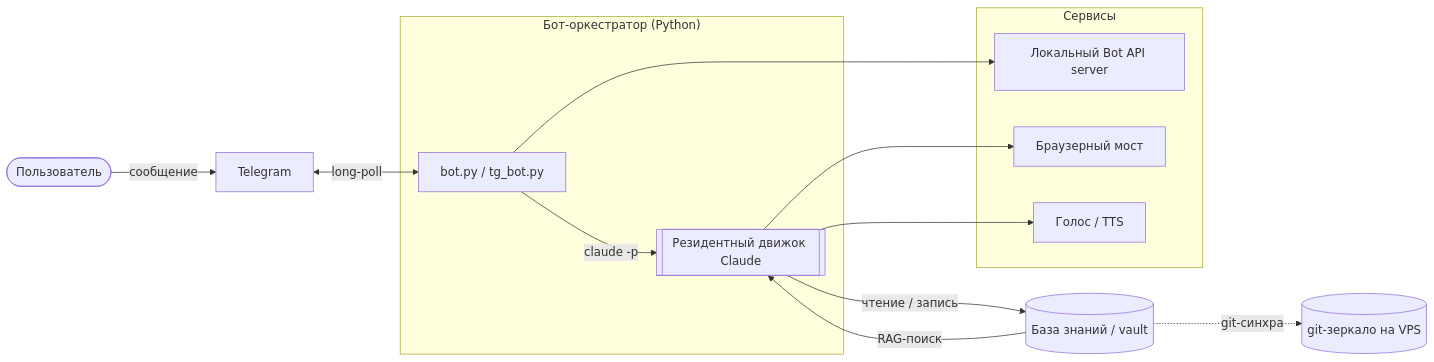
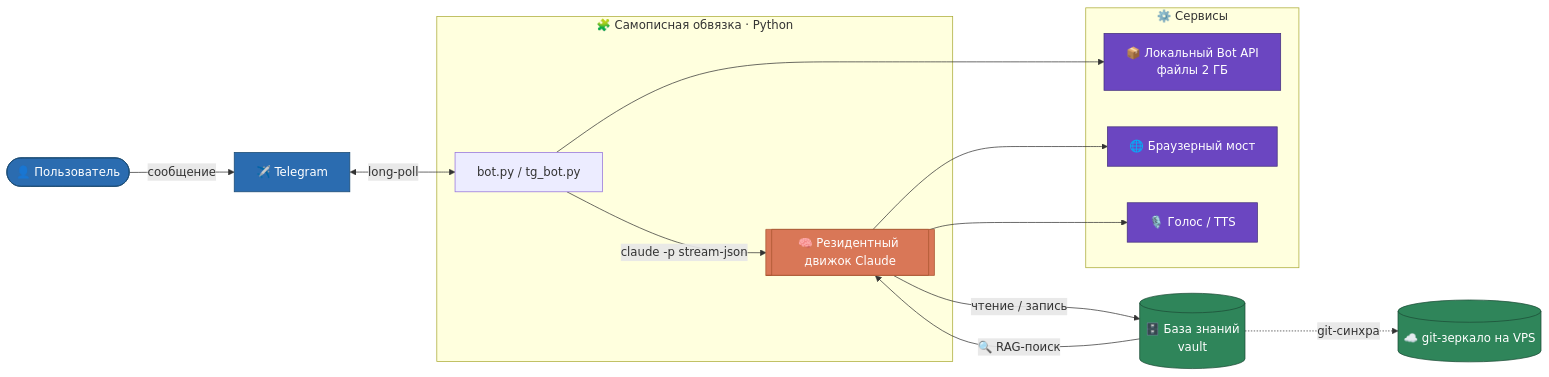
One commit to pogodinalexeev-web/claude-telegram-orchestrator changed the diagram in README.ru.md. Above: the diagram before and after it, drawn with Mermaid. The commit also changed other lines of this file and 1 other file, not shown here.

Commit message:
Polish: 'custom harness' framing + styled, color-coded Mermaid diagram

````diff
--- a/README.ru.md
+++ b/README.ru.md
@@ -35,23 +36,32 @@
 ```mermaid
 flowchart LR
-    User([Пользователь]) -->|сообщение| TG[Telegram]
+    User([👤 Пользователь]) -->|сообщение| TG[✈️ Telegram]
     TG <-->|long-poll| Bot
 
-    subgraph Orchestrator["Бот-оркестратор (Python)"]
-        Bot[bot.py / tg_bot.py] -->|claude -p| Engine[[Резидентный движок Claude]]
+    subgraph Harness["🧩 Самописная обвязка · Python"]
+        Bot["bot.py / tg_bot.py"] -->|claude -p stream-json| Engine[["🧠 Резидентный движок Claude"]]
     end
 
-    Engine -->|чтение / запись| Vault[(База знаний / vault)]
-    Vault -->|RAG-поиск| Engine
-    Vault -.->|git-синхра| Remote[(git-зеркало на VPS)]
+    Engine -->|чтение / запись| Vault[("🗄️ База знаний<br/>vault")]
+    Vault -->|🔍 RAG-поиск| Engine
+    Vault -.->|git-синхра| Remote[("☁️ git-зеркало на VPS")]
 
-    subgraph Services["Сервисы"]
-        BotAPI[Локальный Bot API server]
-        Browser[Браузерный мост]
-        Voice[Голос / TTS]
+    subgraph Services["⚙️ Сервисы"]
+        BotAPI["📦 Локальный Bot API<br/>файлы 2 ГБ"]
+        Browser["🌐 Браузерный мост"]
+        Voice["🎙️ Голос / TTS"]
     end
 
     Bot --> BotAPI
     Engine --> Browser
     Engine --> Voice
+
+    classDef actor fill:#2b6cb0,color:#fff,stroke:#1a4971,stroke-width:1px;
+    classDef engine fill:#D97757,color:#fff,stroke:#a8542f,stroke-width:1px;
+    classDef store fill:#2f855a,color:#fff,stroke:#1c4d36,stroke-width:1px;
+    classDef svc fill:#6b46c1,color:#fff,stroke:#44307d,stroke-width:1px;
+    class User,TG actor;
+    class Engine engine;
+    class Vault,Remote store;
+    class BotAPI,Browser,Voice svc;
 ```
````
